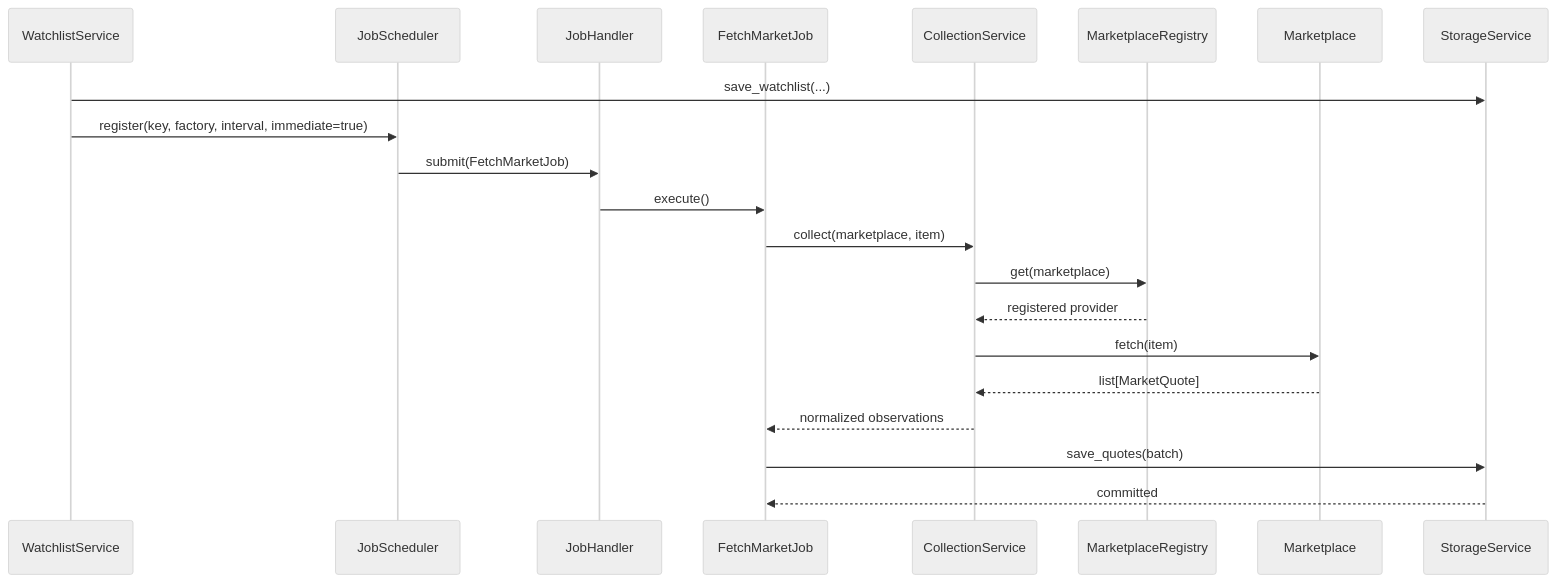
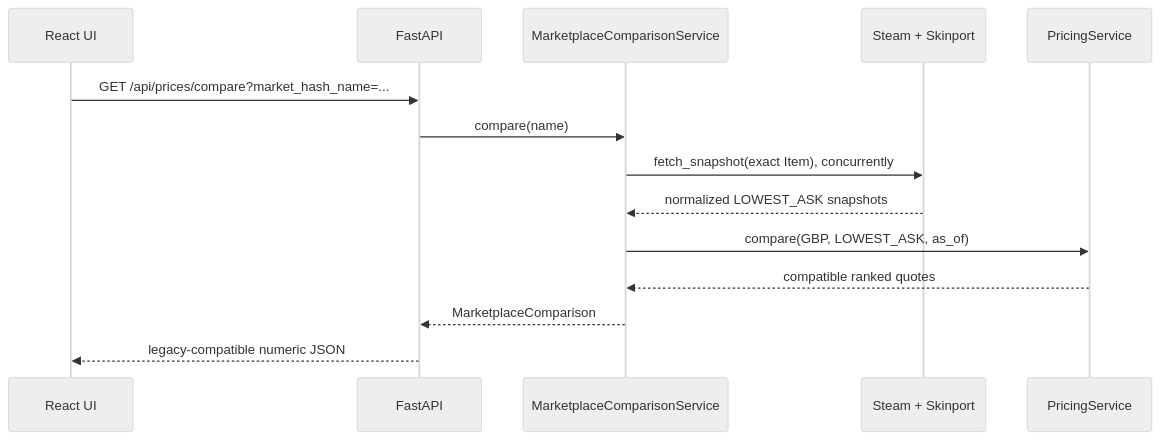
The second of 5 diagrams in README.md (maciejL03/price-oracle), drawn with Mermaid (neutral theme) before and after one commit. The commit also changed other lines of this file and 25 other files, not shown here.

````diff
--- a/README.md
+++ b/README.md
@@ -122,24 +67,17 @@
 ```mermaid
 sequenceDiagram
-    participant W as WatchlistService
-    participant S as JobScheduler
-    participant H as JobHandler
-    participant F as FetchMarketJob
-    participant C as CollectionService
-    participant R as MarketplaceRegistry
-    participant M as Marketplace
-    participant DB as StorageService
+    participant UI as React UI
+    participant API as FastAPI
+    participant C as MarketplaceComparisonService
+    participant M as Steam + Skinport
+    participant P as PricingService
 
-    W->>DB: save_watchlist(...)
-    W->>S: register(key, factory, interval, immediate=true)
-    S->>H: submit(FetchMarketJob)
-    H->>F: execute()
-    F->>C: collect(marketplace, item)
-    C->>R: get(marketplace)
-    R-->>C: registered provider
-    C->>M: fetch(item)
-    M-->>C: list[MarketQuote]
-    C-->>F: normalized observations
-    F->>DB: save_quotes(batch)
-    DB-->>F: committed
+    UI->>API: GET /api/prices/compare?market_hash_name=...
+    API->>C: compare(name)
+    C->>M: fetch_snapshot(exact Item), concurrently
+    M-->>C: normalized LOWEST_ASK snapshots
+    C->>P: compare(GBP, LOWEST_ASK, as_of)
+    P-->>C: compatible ranked quotes
+    C-->>API: MarketplaceComparison
+    API-->>UI: legacy-compatible numeric JSON
 ```
````
